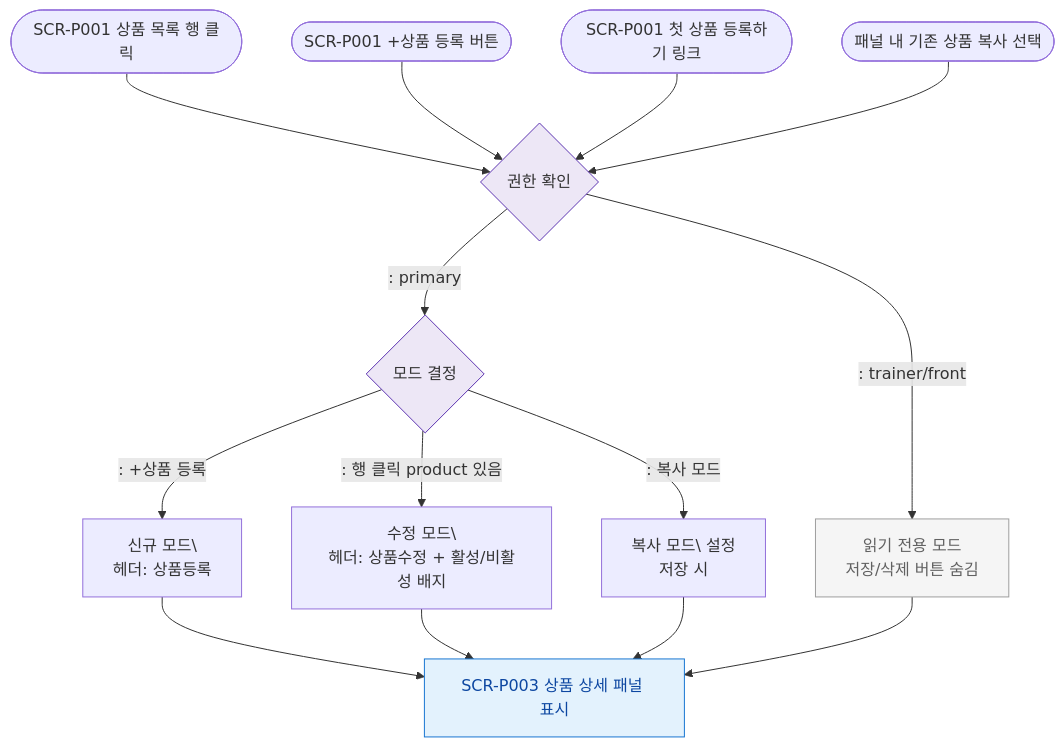
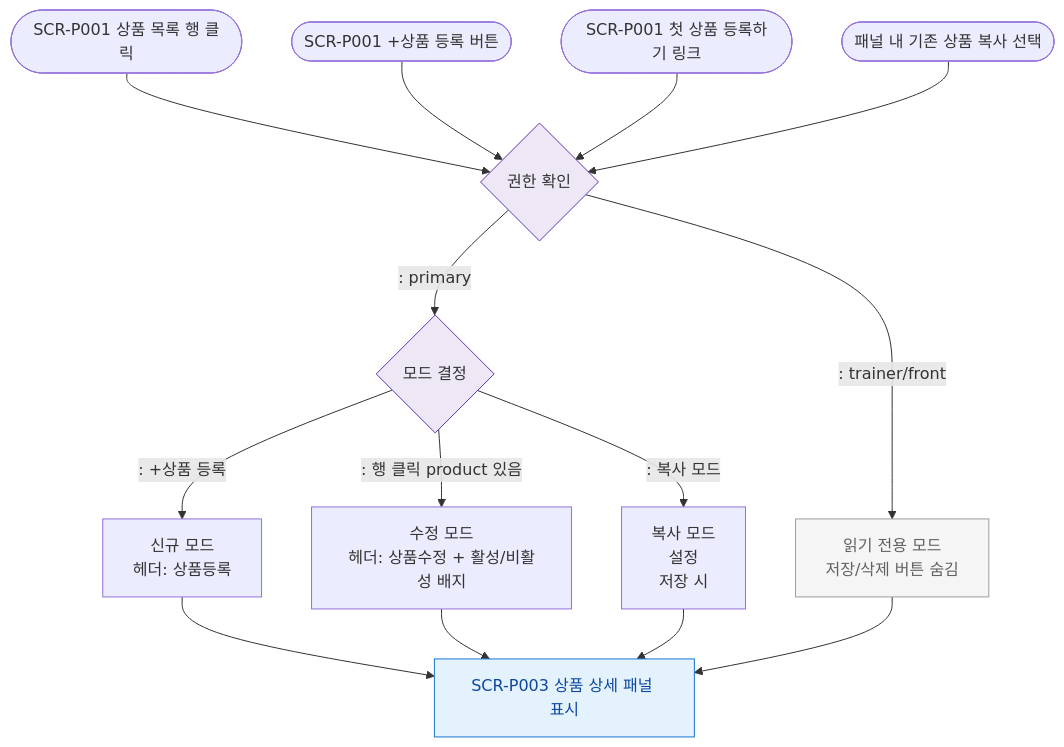
The diagram in docs/admin/다이어그램/D05_상품관리/SCR-P003_상품상세패널/F1_진입.md (dev-spogym/admin-pando), drawn with Mermaid before and after one commit. The commit also changed 369 other files, not shown here.

````diff
--- a/docs/admin/다이어그램/D05_상품관리/SCR-P003_상품상세패널/F1_진입.md
+++ b/docs/admin/다이어그램/D05_상품관리/SCR-P003_상품상세패널/F1_진입.md
@@ -17,23 +17,23 @@
 ```mermaid
 flowchart TD
     ROW([SCR-P001 상품 목록 행 클릭]) --> Auth{권한 확인}
     ADD([SCR-P001 +상품 등록 버튼]) --> Auth
     EMPTY([SCR-P001 첫 상품 등록하기 링크]) --> Auth
     COPY([패널 내 기존 상품 복사 선택]) --> Auth
 
     Auth -->|": primary"|ModeCheck{모드 결정}
     Auth -->|": trainer/front"|ReadOnly[읽기 전용 모드\n저장/삭제 버튼 숨김]
 
-    ModeCheck -->|": +상품 등록"|NewMode[신규 모드\\n헤더: 상품등록]
-    ModeCheck -->|": 행 클릭 product 있음"|EditMode[수정 모드\\n헤더: 상품수정 + 활성/비활성 배지]
-    ModeCheck -->|": 복사 모드"|CopyMode[복사 모드\ 설정\n저장 시]
+    ModeCheck -->|": +상품 등록"|NewMode[신규 모드<br/>헤더: 상품등록]
+    ModeCheck -->|": 행 클릭 product 있음"|EditMode[수정 모드<br/>헤더: 상품수정 + 활성/비활성 배지]
+    ModeCheck -->|": 복사 모드"|CopyMode[복사 모드<br/> 설정\n저장 시]
 
     NewMode & EditMode & CopyMode & ReadOnly --> SCR_P003[SCR-P003 상품 상세 패널 표시]
 
     classDef screen fill:#E3F2FD,stroke:#1976D2,color:#0D47A1
     classDef rbacBlocked fill:#F5F5F5,stroke:#9E9E9E,color:#616161
     classDef system fill:#EDE7F6,stroke:#5E35B2
     class SCR_P003 screen
     class ReadOnly rbacBlocked
     class Auth,ModeCheck system
 ```
````
